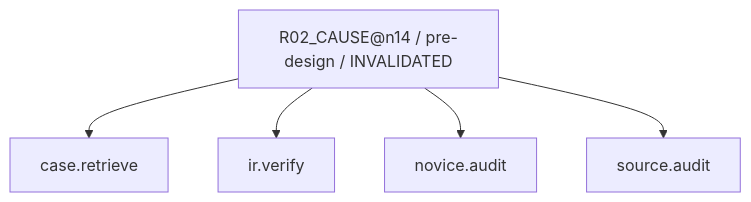
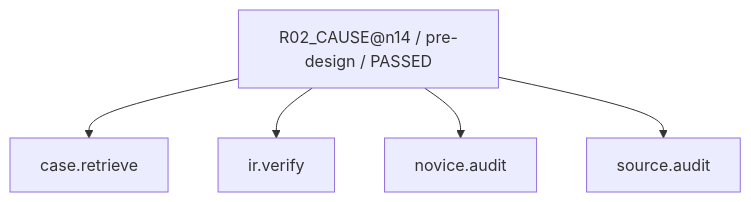
Before and after one commit to rrikunagasige-dot/kyotsu-step-web: diagram 11 of 28 in work/items/W-MATH-048-n1314-source-audit/generated/CAPABILITY_FIRE_DIAGRAM.md, drawn with Mermaid. The commit also changed other lines of this file and 295 other files, not shown here.

````diff
--- a/work/items/W-MATH-048-n1314-source-audit/generated/CAPABILITY_FIRE_DIAGRAM.md
+++ b/work/items/W-MATH-048-n1314-source-audit/generated/CAPABILITY_FIRE_DIAGRAM.md
@@ -167,12 +167,12 @@
 ```mermaid
 flowchart TD
-  N0["R02_CAUSE@n14 / pre-design / INVALIDATED"]
+  N0["R02_CAUSE@n14 / pre-design / PASSED"]
   N1["case.retrieve"]
   N2["ir.verify"]
   N3["source.audit"]
   N4["novice.audit"]
   N0 --> N1
   N0 --> N2
   N0 --> N4
   N0 --> N3
 ```
````
